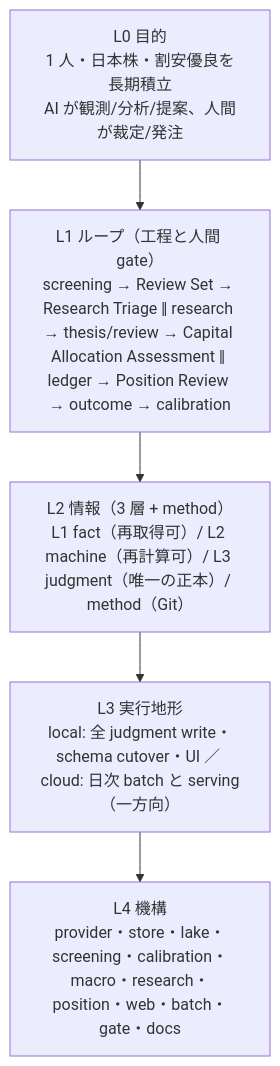
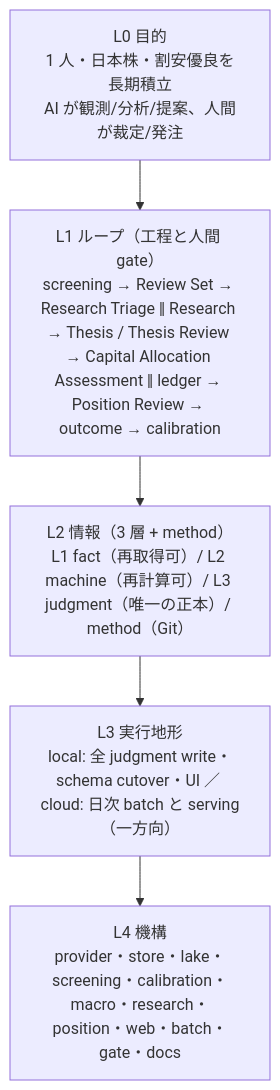
The diagram in docs/architecture.md (koumatsumoto/baibai-loop), drawn with Mermaid before and after one commit. The commit also changed other lines of this file and 41 other files, not shown here.

````diff
--- a/docs/architecture.md
+++ b/docs/architecture.md
@@ -41,9 +41,9 @@
 ```mermaid
 flowchart TB
   L0["L0 目的<br/>1 人・日本株・割安優良を長期積立<br/>AI が観測/分析/提案、人間が裁定/発注"]
-  L1["L1 ループ（工程と人間 gate）<br/>screening → Review Set → Research Triage ‖ research → thesis/review → Capital Allocation Assessment ‖ ledger → Position Review → outcome → calibration"]
+  L1["L1 ループ（工程と人間 gate）<br/>screening → Review Set → Research Triage ‖ Research → Thesis / Thesis Review → Capital Allocation Assessment ‖ ledger → Position Review → outcome → calibration"]
   L2["L2 情報（3 層 + method）<br/>L1 fact（再取得可）/ L2 machine（再計算可）/ L3 judgment（唯一の正本）/ method（Git）"]
   L3["L3 実行地形<br/>local: 全 judgment write・schema cutover・UI ／ cloud: 日次 batch と serving（一方向）"]
   L4["L4 機構<br/>provider・store・lake・screening・calibration・macro・research・position・web・batch・gate・docs"]
   L0 --> L1 --> L2 --> L3 --> L4
 ```
````
